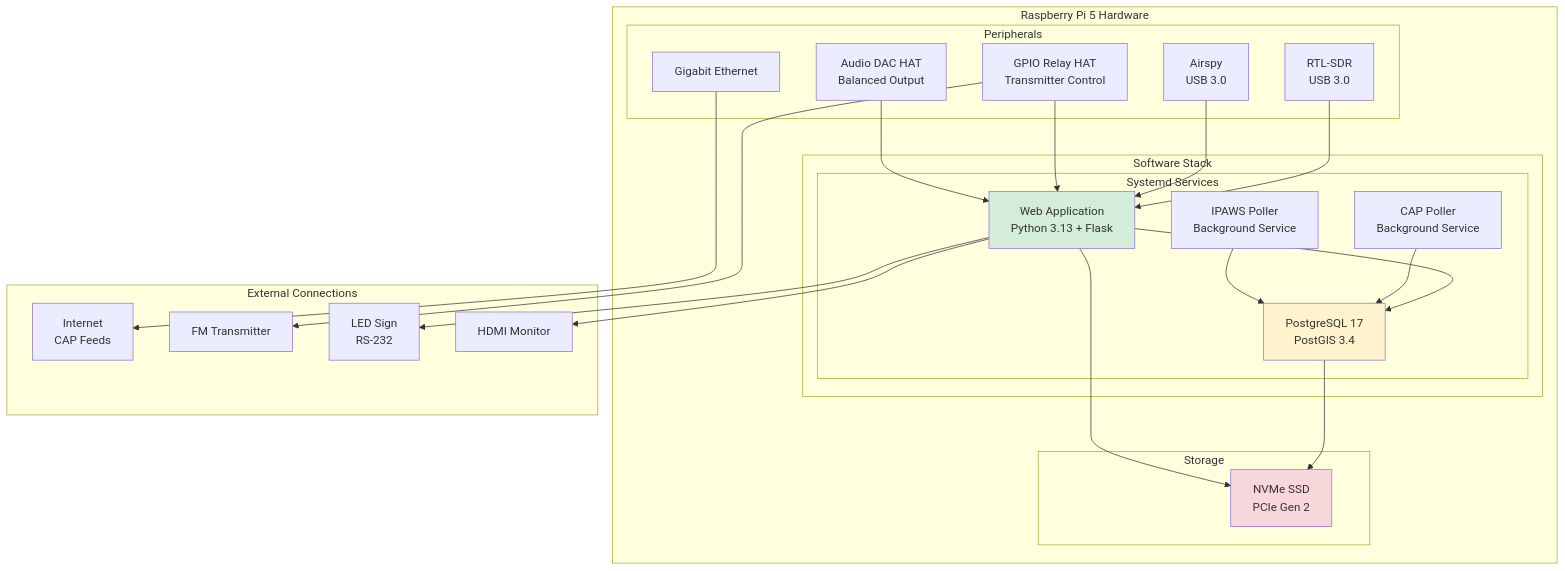
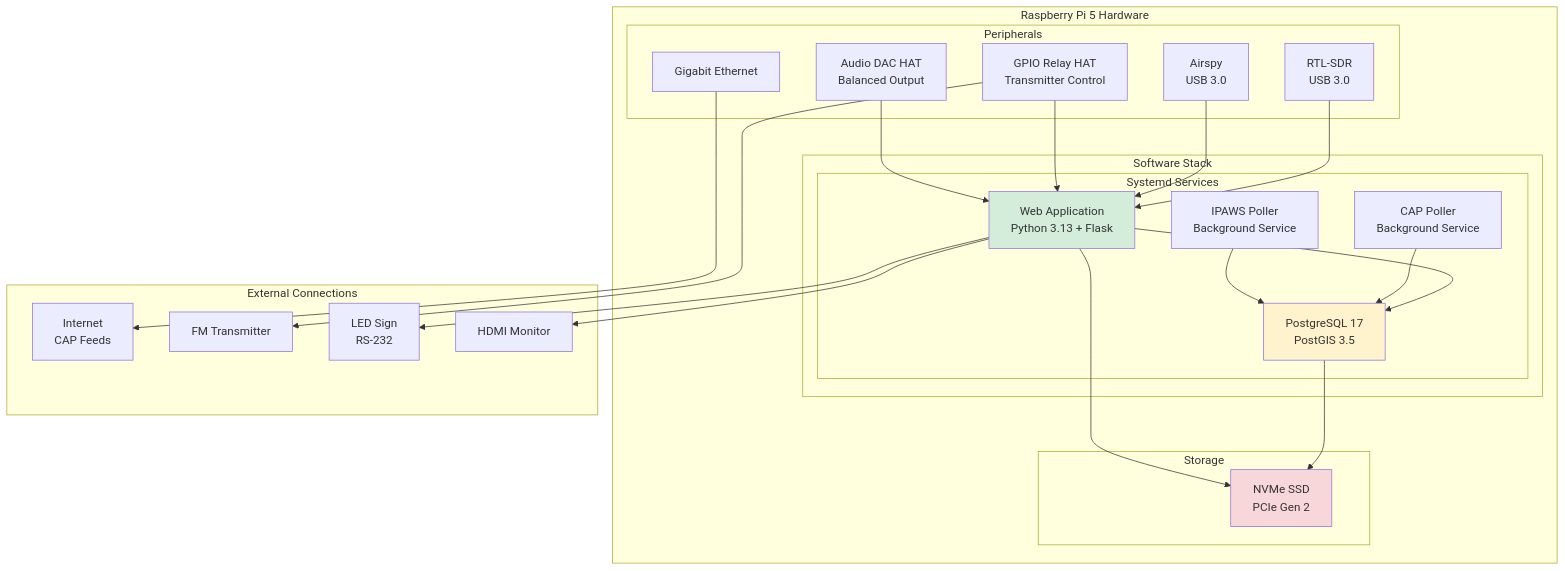
One commit to KR8MER/eas-station changed diagram 20 of 21 in docs/architecture/SYSTEM_ARCHITECTURE.md. Above: the diagram before and after it, drawn with Mermaid. The commit also changed other lines of this file and 6 other files, not shown here.

````diff
--- a/docs/architecture/SYSTEM_ARCHITECTURE.md
+++ b/docs/architecture/SYSTEM_ARCHITECTURE.md
@@ -1028,52 +1028,52 @@
 ```mermaid
 graph TB
     subgraph "Raspberry Pi 5 Hardware"
         subgraph "Software Stack"
             subgraph "Systemd Services"
                 APP_C[Web Application<br>Python 3.13 + Flask]
                 POLL_C[CAP Poller<br>Background Service]
                 IPAWS_C[IPAWS Poller<br>Background Service]
-                DB_C[PostgreSQL 17<br>PostGIS 3.4]
+                DB_C[PostgreSQL 17<br>PostGIS 3.5]
             end
         end
 
         subgraph "Peripherals"
             SDR1[RTL-SDR<br>USB 3.0]
             SDR2[Airspy<br>USB 3.0]
             GPIO_HAT[GPIO Relay HAT<br>Transmitter Control]
             AUDIO_HAT[Audio DAC HAT<br>Balanced Output]
             ETH[Gigabit Ethernet]
         end
 
         subgraph "Storage"
             NVME[NVMe SSD<br>PCIe Gen 2]
         end
     end
 
     subgraph "External Connections"
         INTERNET[Internet<br>CAP Feeds]
         TX_EXT[FM Transmitter]
         LED_EXT[LED Sign<br>RS-232]
         MONITOR[HDMI Monitor]
     end
 
     APP_C --> DB_C
     POLL_C --> DB_C
     IPAWS_C --> DB_C
 
     DB_C --> NVME
     APP_C --> NVME
 
     SDR1 --> APP_C
     SDR2 --> APP_C
     GPIO_HAT --> APP_C
     AUDIO_HAT --> APP_C
     ETH --> INTERNET
     GPIO_HAT --> TX_EXT
     APP_C --> LED_EXT
     APP_C --> MONITOR
 
     style APP_C fill:#d4edda
     style DB_C fill:#fff3cd
     style NVME fill:#f8d7da
 ```
````
